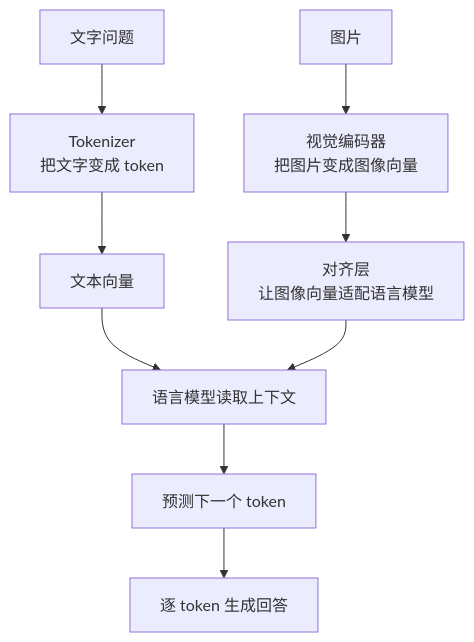
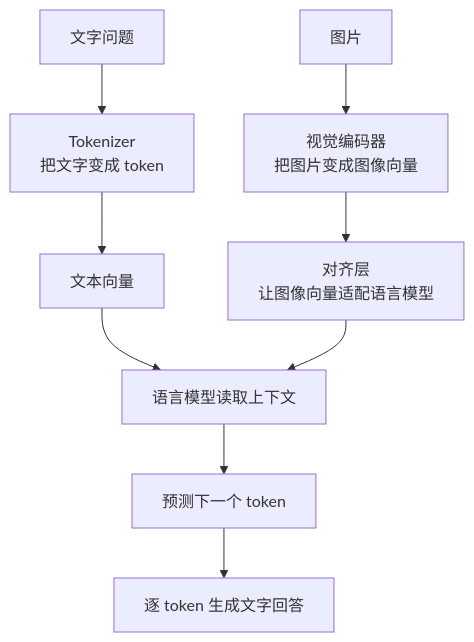
Before and after one commit to AmourSec/aikg: the first of 2 diagrams in docs/02-ai-workloads/multimodal-primer.md, drawn with Mermaid. The commit also changed other lines of this file and 7 other files, not shown here.

````diff
--- a/docs/02-ai-workloads/multimodal-primer.md
+++ b/docs/02-ai-workloads/multimodal-primer.md
@@ -62,11 +62,11 @@
 ```mermaid
 flowchart TD
   A["图片"] --> B["视觉编码器<br/>把图片变成图像向量"]
   C["文字问题"] --> D["Tokenizer<br/>把文字变成 token"]
   D --> E["文本向量"]
   B --> F["对齐层<br/>让图像向量适配语言模型"]
   E --> G["语言模型读取上下文"]
   F --> G
   G --> H["预测下一个 token"]
-  H --> I["逐 token 生成回答"]
+  H --> I["逐 token 生成文字回答"]
 ```
````
